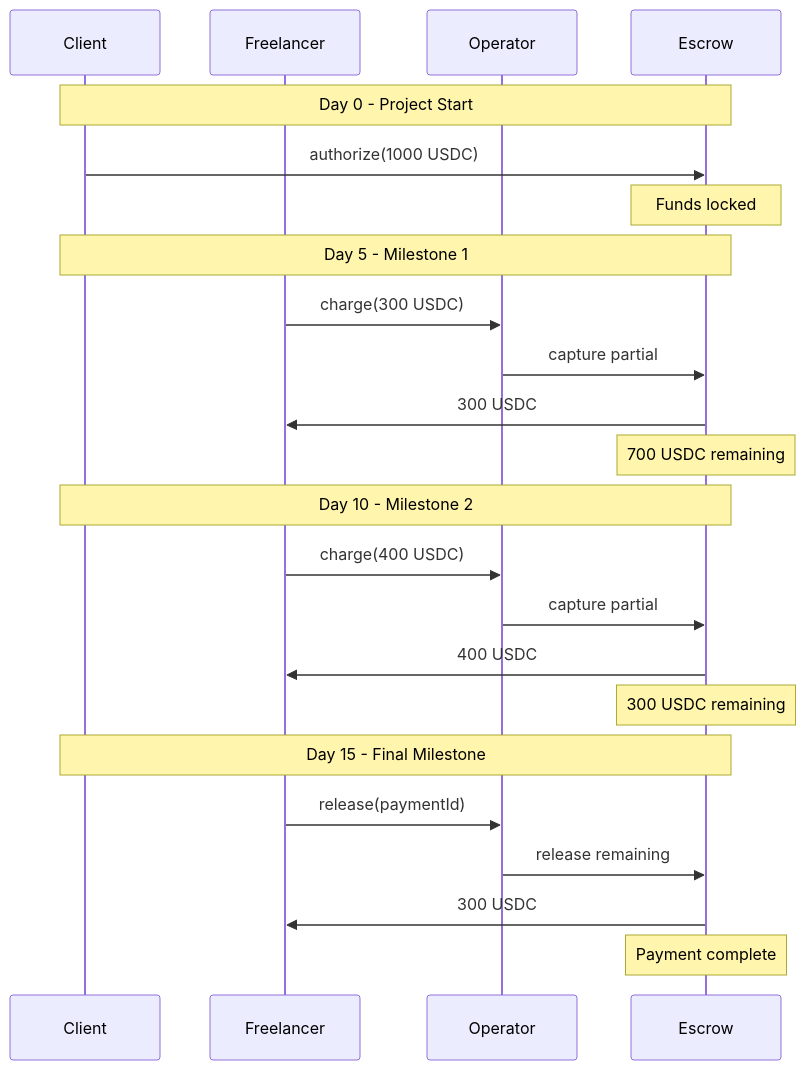
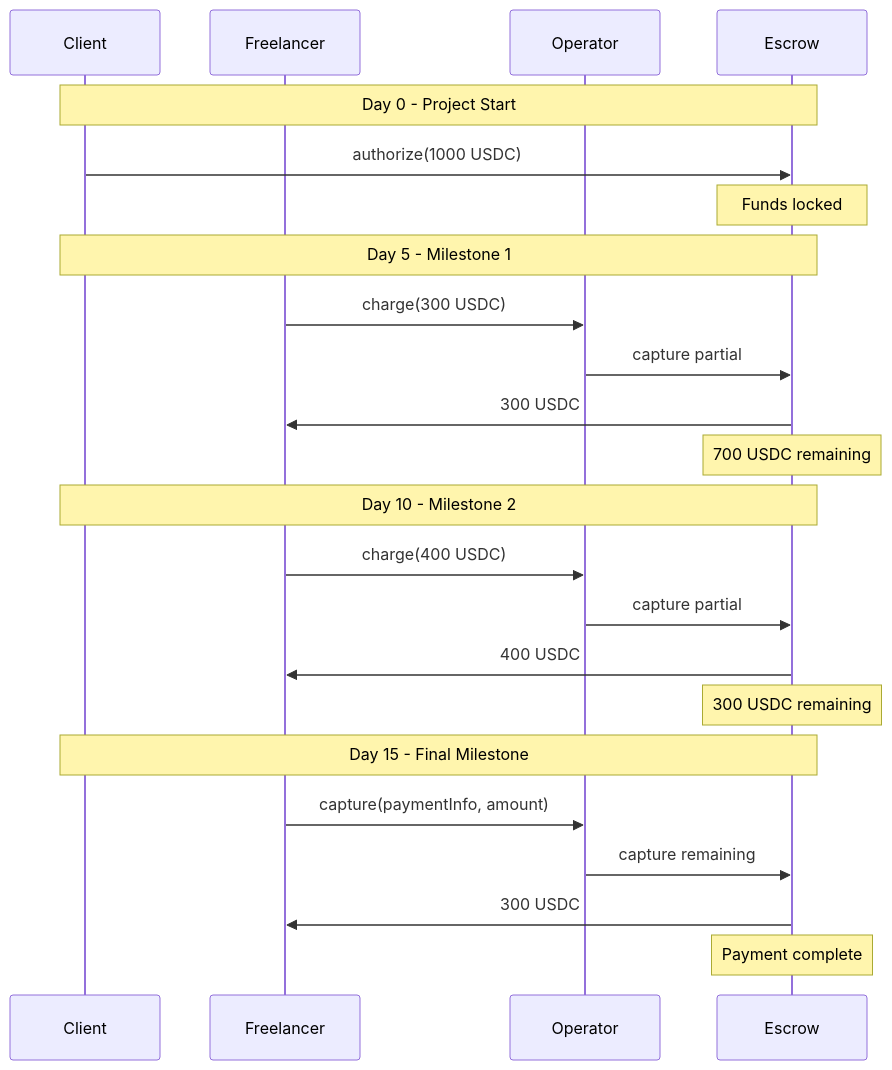
One commit to BackTrackCo/docs changed the third of 8 diagrams in contracts/examples.mdx. Above: the diagram before and after it, drawn with Mermaid. The commit also changed other lines of this file and 78 other files, not shown here.

````diff
--- a/contracts/examples.mdx
+++ b/contracts/examples.mdx
@@ -298,29 +293,29 @@
 ```mermaid
 sequenceDiagram
     participant Client
     participant Freelancer
     participant Operator
     participant Escrow
 
     Note over Client,Escrow: Day 0 - Project Start
     Client->>Escrow: authorize(1000 USDC)
     Note over Escrow: Funds locked
 
     Note over Client,Escrow: Day 5 - Milestone 1
     Freelancer->>Operator: charge(300 USDC)
     Operator->>Escrow: capture partial
     Escrow->>Freelancer: 300 USDC
     Note over Escrow: 700 USDC remaining
 
     Note over Client,Escrow: Day 10 - Milestone 2
     Freelancer->>Operator: charge(400 USDC)
     Operator->>Escrow: capture partial
     Escrow->>Freelancer: 400 USDC
     Note over Escrow: 300 USDC remaining
 
     Note over Client,Escrow: Day 15 - Final Milestone
-    Freelancer->>Operator: release(paymentId)
-    Operator->>Escrow: release remaining
+    Freelancer->>Operator: capture(paymentInfo, amount)
+    Operator->>Escrow: capture remaining
     Escrow->>Freelancer: 300 USDC
     Note over Escrow: Payment complete
 ```
````
